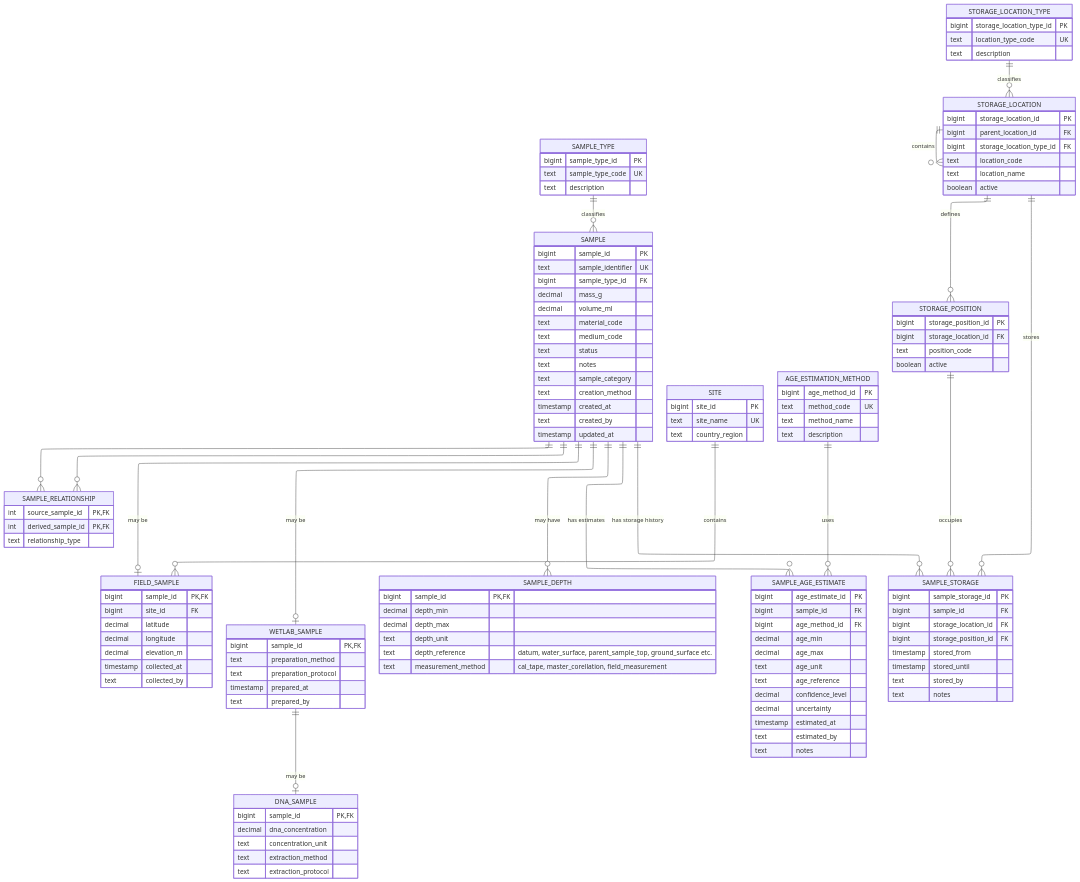
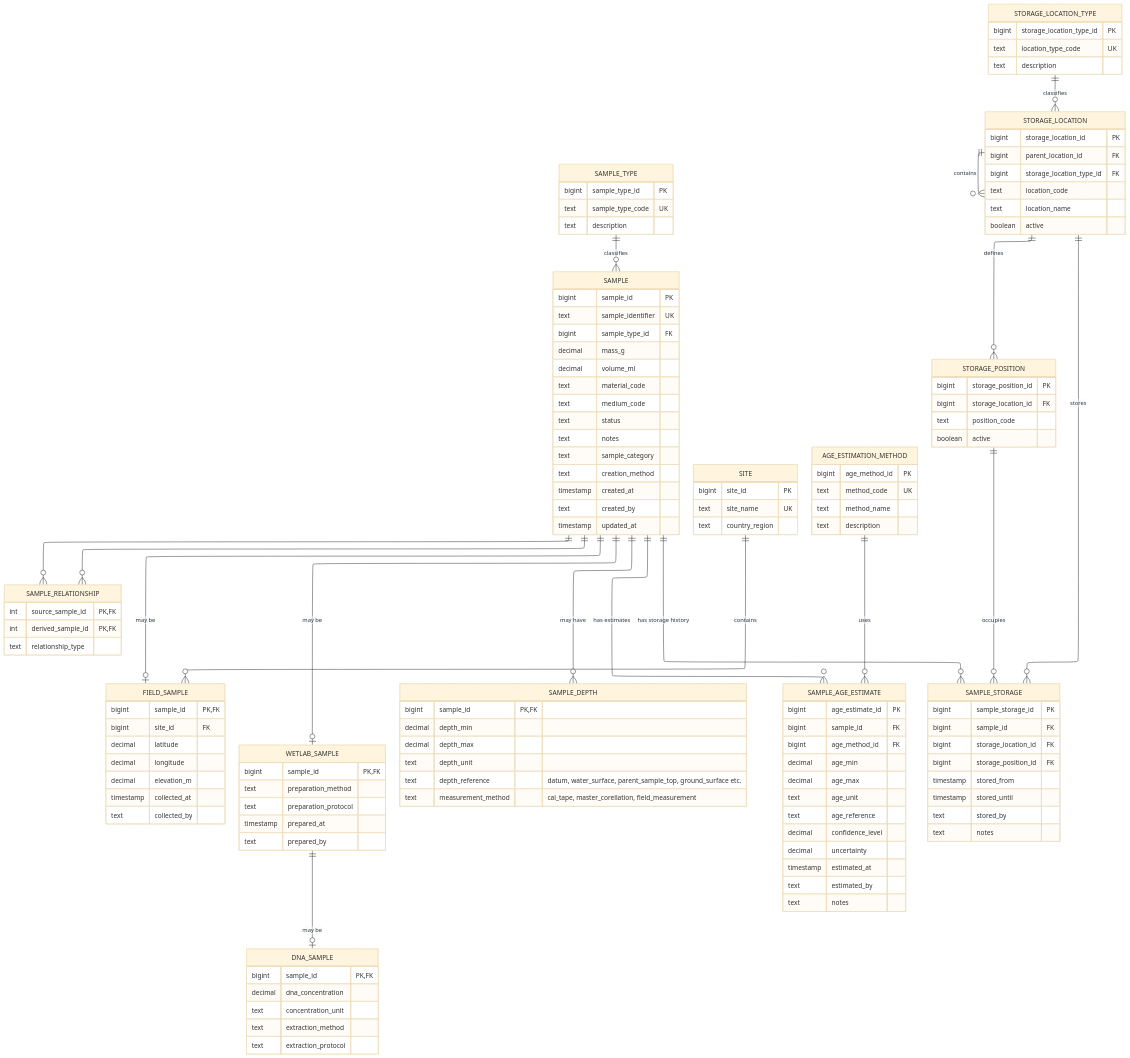
One commit to GeoGenetics/qc-parser changed the diagram in diagrams/sample_db/new/ver1.md. Above: the diagram before and after it, drawn with Mermaid. The commit also changed other lines of this file and 1 other file, not shown here.

Commit message:
Field sample part done

````diff
--- a/diagrams/sample_db/new/ver1.md
+++ b/diagrams/sample_db/new/ver1.md
@@ -1,12 +2,15 @@
 ```mermaid
 ---
 config:
+  theme: base
   layout: elk
+  elk:
+    considerModelOrder: NODES_AND_EDGES
+    forceNodeModelOrder: false
   er:
     layoutDirection: LR
-    entityPadding: 8
-    diagramPadding: 15
-    useMaxWidth: false
+    nodeSpacing: 80
+    rankSpacing: 150
 ---
 erDiagram
 
````
